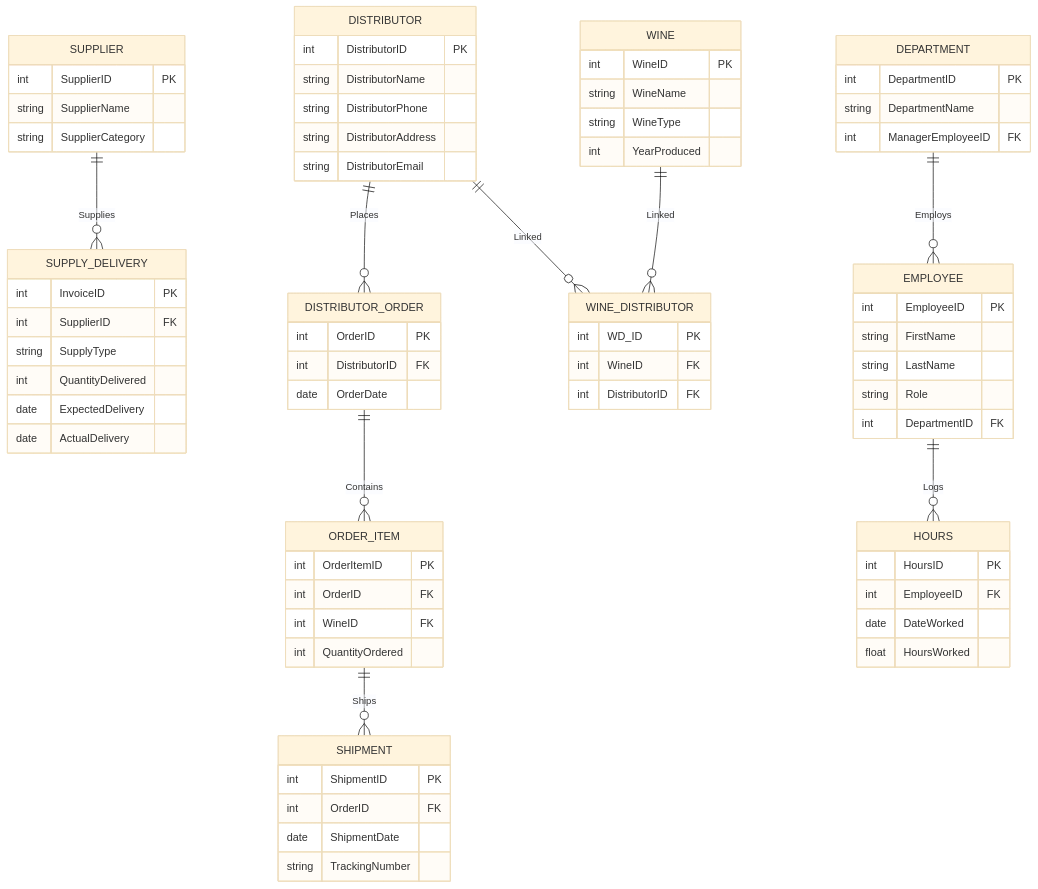
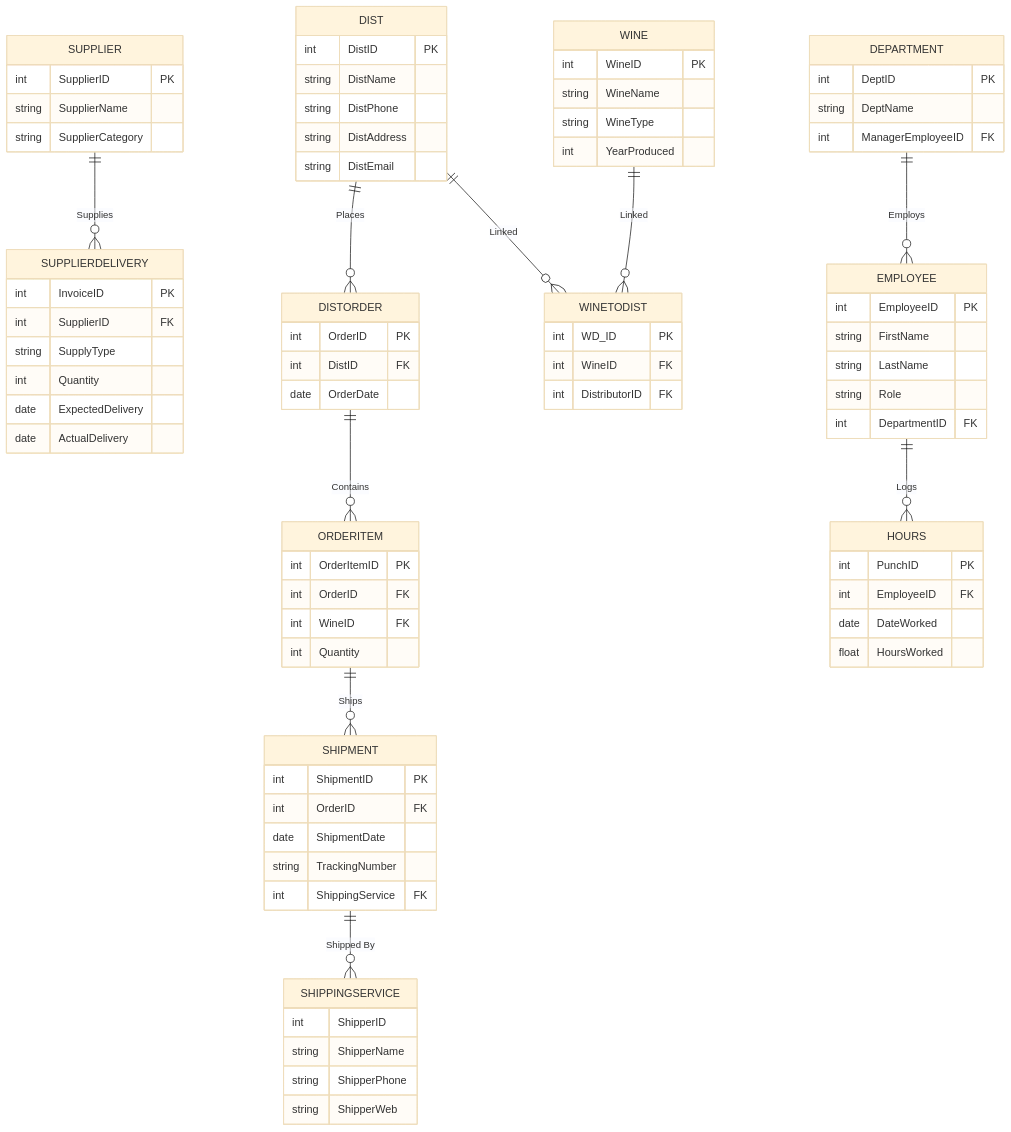
The diagram in Bacchus_Winery_ERD.mmd (BobbyJoeCool/CSD310-BlueTeam), drawn with Mermaid (base theme) before and after one commit. The commit also changed 2 other files, not shown here.

```diff
--- a/Bacchus_Winery_ERD.mmd
+++ b/Bacchus_Winery_ERD.mmd
@@ -1,103 +1,113 @@
 erDiagram
 
     %% =======================
     %% SUPPLIERS
     %% =======================
 
     SUPPLIER {
         int SupplierID PK
         string SupplierName
         string SupplierCategory
     }
 
-    SUPPLY_DELIVERY {
+    SUPPLIERDELIVERY {
         int InvoiceID PK
         int SupplierID FK
         string SupplyType
-        int QuantityDelivered
+        int Quantity
         date ExpectedDelivery
         date ActualDelivery
     }
 
-    SUPPLIER ||--o{ SUPPLY_DELIVERY : "Supplies"
+    SUPPLIER ||--o{ SUPPLIERDELIVERY : "Supplies"
 
 
     %% =======================
     %% DISTRIBUTORS
     %% =======================
 
-    DISTRIBUTOR {
-        int DistributorID PK
-        string DistributorName
-        string DistributorPhone
-        string DistributorAddress
-        string DistributorEmail
+    DIST {
+        int DistID PK
+        string DistName
+        string DistPhone
+        string DistAddress
+        string DistEmail
     }
 
-    DISTRIBUTOR_ORDER {
+    DISTORDER {
         int OrderID PK
-        int DistributorID FK
+        int DistID FK
         date OrderDate
     }
 
-    ORDER_ITEM {
+    ORDERITEM {
         int OrderItemID PK
         int OrderID FK
         int WineID FK
-        int QuantityOrdered
+        int Quantity
     }
+
+    SHIPPINGSERVICE {
+        int ShipperID
+        string ShipperName
+        string ShipperPhone
+        string ShipperWeb
+    }
+
 
     SHIPMENT {
         int ShipmentID PK
         int OrderID FK
         date ShipmentDate
         string TrackingNumber
+        int ShippingService FK
     }
 
-    WINE_DISTRIBUTOR {
+    WINETODIST {
         int WD_ID PK
         int WineID FK
         int DistributorID FK
     }
 
-    DISTRIBUTOR ||--o{ DISTRIBUTOR_ORDER : "Places"
-    DISTRIBUTOR_ORDER ||--o{ ORDER_ITEM : "Contains"
-    ORDER_ITEM ||--o{ SHIPMENT : "Ships"
-    WINE ||--o{ WINE_DISTRIBUTOR : "Linked"
-    DISTRIBUTOR ||--o{ WINE_DISTRIBUTOR : "Linked"
+    DIST ||--o{ DISTORDER : "Places"
+    DISTORDER ||--o{ ORDERITEM : "Contains"
+    ORDERITEM ||--o{ SHIPMENT : "Ships"
+    WINE ||--o{ WINETODIST : "Linked"
+    DIST ||--o{ WINETODIST : "Linked"
+    SHIPMENT ||--o{ SHIPPINGSERVICE : "Shipped By"
 
 
     %% =======================
     %% INTERNAL OPERATIONS
     %% =======================
 
     EMPLOYEE {
         int EmployeeID PK
         string FirstName
         string LastName
         string Role
         int DepartmentID FK
     }
 
     DEPARTMENT {
-        int DepartmentID PK
-        string DepartmentName
+        int DeptID PK
+        string DeptName
         int ManagerEmployeeID FK
     }
 
     HOURS {
-        int HoursID PK
+        int PunchID PK
         int EmployeeID FK
         date DateWorked
         float HoursWorked
     }
 
     WINE {
         int WineID PK
         string WineName
         string WineType
         int YearProduced
     }
 
     DEPARTMENT ||--o{ EMPLOYEE : "Employs"
     EMPLOYEE ||--o{ HOURS : "Logs"
```
